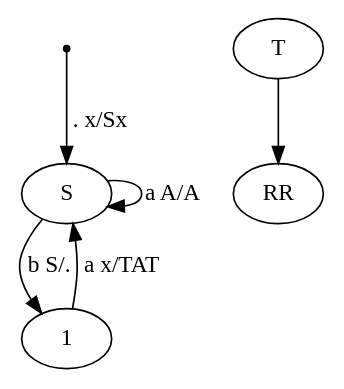
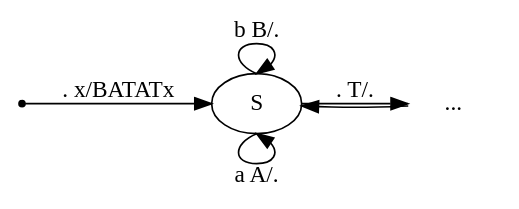
One commit to HumsterProgrammer/iu9-tfl-practice changed the first of 4 diagrams in Практика/РК1/Варианты/Вариант 3.md. Above: the diagram before and after it, drawn with Graphviz. The commit also changed other lines of this file, not shown here.

````diff
--- a/Практика/РК1/Варианты/Вариант 3.md
+++ b/Практика/РК1/Варианты/Вариант 3.md
@@ -51,12 +50,14 @@
 ```dot
 digraph{
+	rankdir=LR
 	point[shape=point]
 
-	point -> S [label=". x/Sx"]
-	S -> 1 [label="b S/."]
-	1 -> S [label="a x/TAT"]
+	T[label="..." shape=none]
 
-	S -> S [label="a A/A"]
-	T -> RR
+	point -> S [label=". x/BATATx"]
+	S:n -> S:n [label="b B/."]
+	S:s -> S:s [label="a A/."]
+	S -> T [label=". T/."]
+	T -> S 
 }
 ```
````
